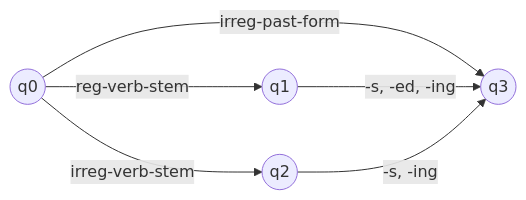
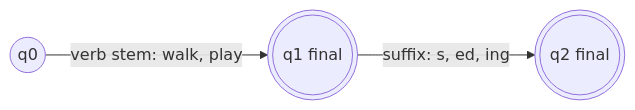
Before and after one commit to TrendySloth1001/sem-seven-notes: the second of 3 diagrams in content/natural-language-processing/pyq/2023-12-ce/q2a.mdx, drawn with Mermaid. The commit also changed other lines of this file and 406 other files, not shown here.

````diff
--- a/content/natural-language-processing/pyq/2023-12-ce/q2a.mdx
+++ b/content/natural-language-processing/pyq/2023-12-ce/q2a.mdx
@@ -21,9 +20,6 @@
 ```mermaid
-%% caption: Verb FSA. Stems lead to q1 or q2; the endings -s, -ed, -ing lead to q3.
+%% caption: FSA for verbs. A verb stem is a word; one ending from s, ed or ing may follow (walk, walks, walked, walking).
 flowchart LR
-  S(("q0")) -- "reg-verb-stem" --> A(("q1"))
-  S -- "irreg-verb-stem" --> B(("q2"))
-  S -- "irreg-past-form" --> C(("q3"))
-  A -- "-s, -ed, -ing" --> C
-  B -- "-s, -ing" --> C
+  A(("q0")) -- "verb stem: walk, play" --> B((("q1 final")))
+  B -- "suffix: s, ed, ing" --> C((("q2 final")))
 ```
````
